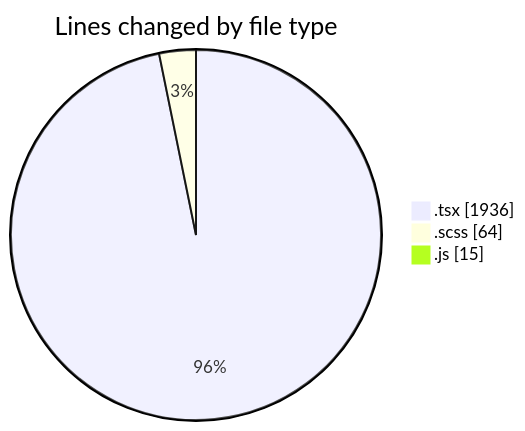
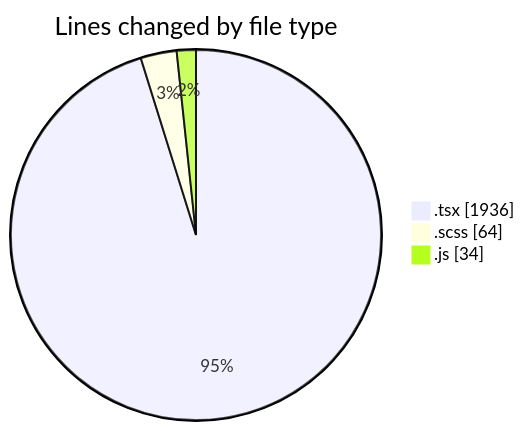
The first of 2 diagrams in 2025-06-16/cda/README.md (momahboobian/code-tracking), drawn with Mermaid before and after one commit. The commit also changed other lines of this file and 1 other file, not shown here.

````diff
--- a/2025-06-16/cda/README.md
+++ b/2025-06-16/cda/README.md
@@ -26,7 +27,7 @@
 ```mermaid
 pie showData
 title Lines changed by file type
 ".tsx" : 1936
 ".scss" : 64
-".js" : 15
+".js" : 34
 ```
````
